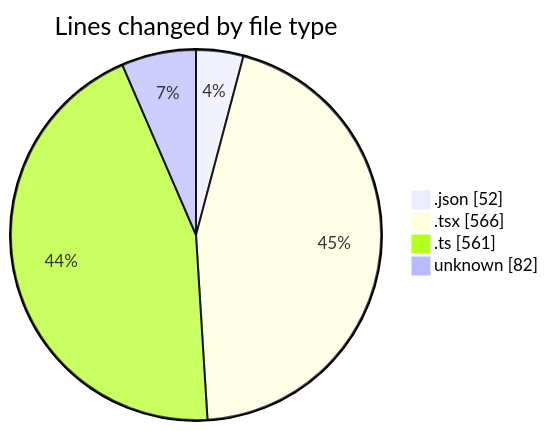
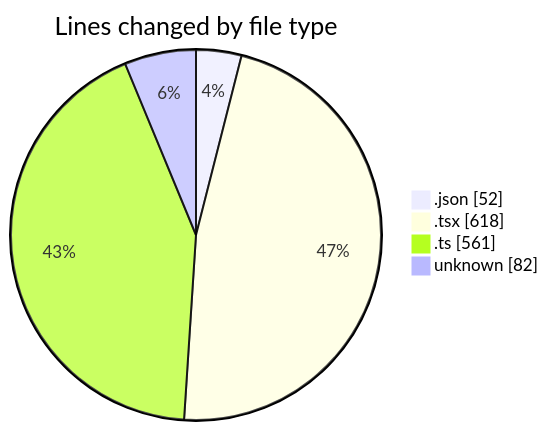
Before and after one commit to julien-gomy/code-tracking: the first of 2 diagrams in 2025-10-29/eventscop-frontend-guide__workspace_/README.md, drawn with Mermaid. The commit also changed other lines of this file and 1 other file, not shown here.

````diff
--- a/2025-10-29/eventscop-frontend-guide__workspace_/README.md
+++ b/2025-10-29/eventscop-frontend-guide__workspace_/README.md
@@ -34,8 +34,8 @@
 ```mermaid
 pie showData
 title Lines changed by file type
 ".json" : 52
-".tsx" : 566
+".tsx" : 618
 ".ts" : 561
 "unknown" : 82
 ```
````
